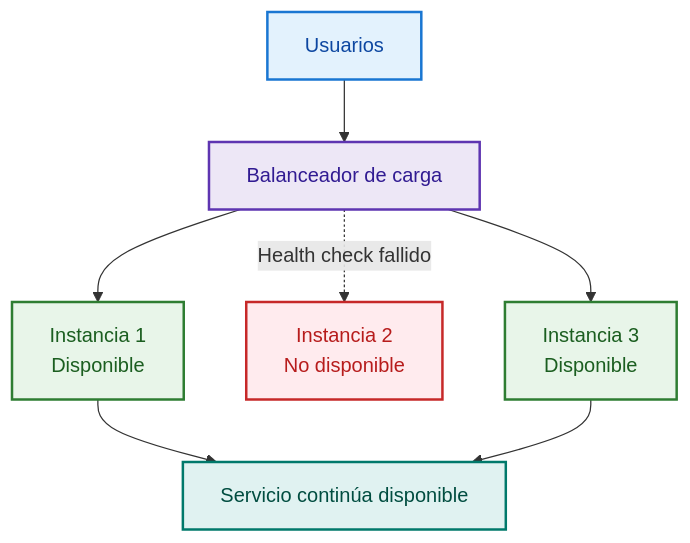
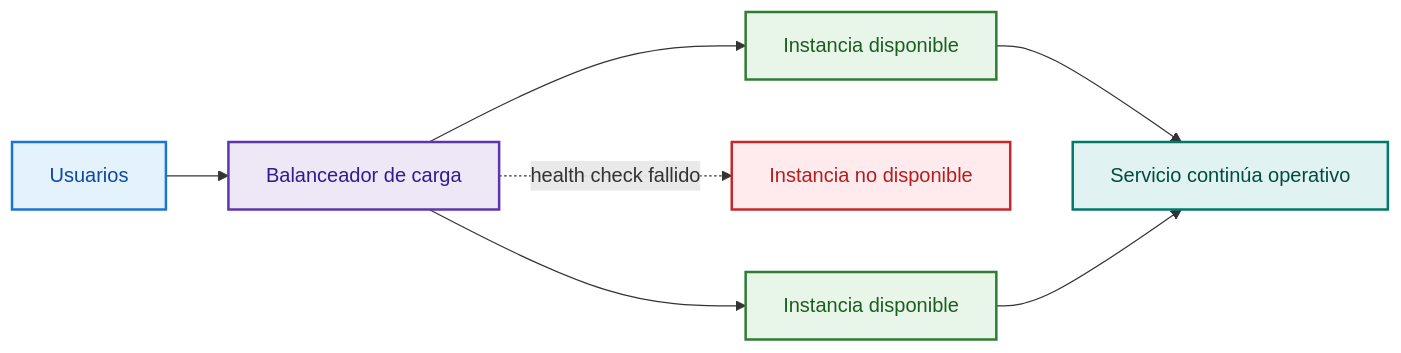
The fifth of 7 diagrams in arquitectura/arquitectura-inicial.md (Roki-7/PlataformaServicios-Arquitectura-Anderson-Ochoa), drawn with Mermaid before and after one commit. The commit also changed other lines of this file, not shown here.

Commit message:
docs: reorganizar arquitectura con diagramas profesionales

````diff
--- a/arquitectura/arquitectura-inicial.md
+++ b/arquitectura/arquitectura-inicial.md
@@ -515,37 +337,29 @@
 ```mermaid
-flowchart TB
+flowchart LR
 
     U["Usuarios"]
-
     LB["Balanceador de carga"]
-
-    B1["Instancia 1<br/>Disponible"]
-
-    B2["Instancia 2<br/>No disponible"]
-
-    B3["Instancia 3<br/>Disponible"]
-
-    SISTEMA["Servicio continúa disponible"]
+    OK1["Instancia disponible"]
+    FAIL["Instancia no disponible"]
+    OK2["Instancia disponible"]
+    RES["Servicio continúa operativo"]
 
     U --> LB
-
-    LB --> B1
-    LB -. "Health check fallido" .-> B2
-    LB --> B3
-
-    B1 --> SISTEMA
-    B3 --> SISTEMA
-
+    LB --> OK1
+    LB -. health check fallido .-> FAIL
+    LB --> OK2
+    OK1 --> RES
+    OK2 --> RES
 
     classDef user fill:#E3F2FD,stroke:#1976D2,color:#0D47A1,stroke-width:2px;
-    classDef balancer fill:#EDE7F6,stroke:#5E35B1,color:#311B92,stroke-width:2px;
-    classDef healthy fill:#E8F5E9,stroke:#2E7D32,color:#1B5E20,stroke-width:2px;
-    classDef failed fill:#FFEBEE,stroke:#C62828,color:#B71C1C,stroke-width:2px;
+    classDef bal fill:#EDE7F6,stroke:#5E35B1,color:#311B92,stroke-width:2px;
+    classDef ok fill:#E8F5E9,stroke:#2E7D32,color:#1B5E20,stroke-width:2px;
+    classDef fail fill:#FFEBEE,stroke:#C62828,color:#B71C1C,stroke-width:2px;
     classDef result fill:#E0F2F1,stroke:#00796B,color:#004D40,stroke-width:2px;
 
     class U user;
-    class LB balancer;
-    class B1,B3 healthy;
-    class B2 failed;
-    class SISTEMA result;
+    class LB bal;
+    class OK1,OK2 ok;
+    class FAIL fail;
+    class RES result;
 ```
````
